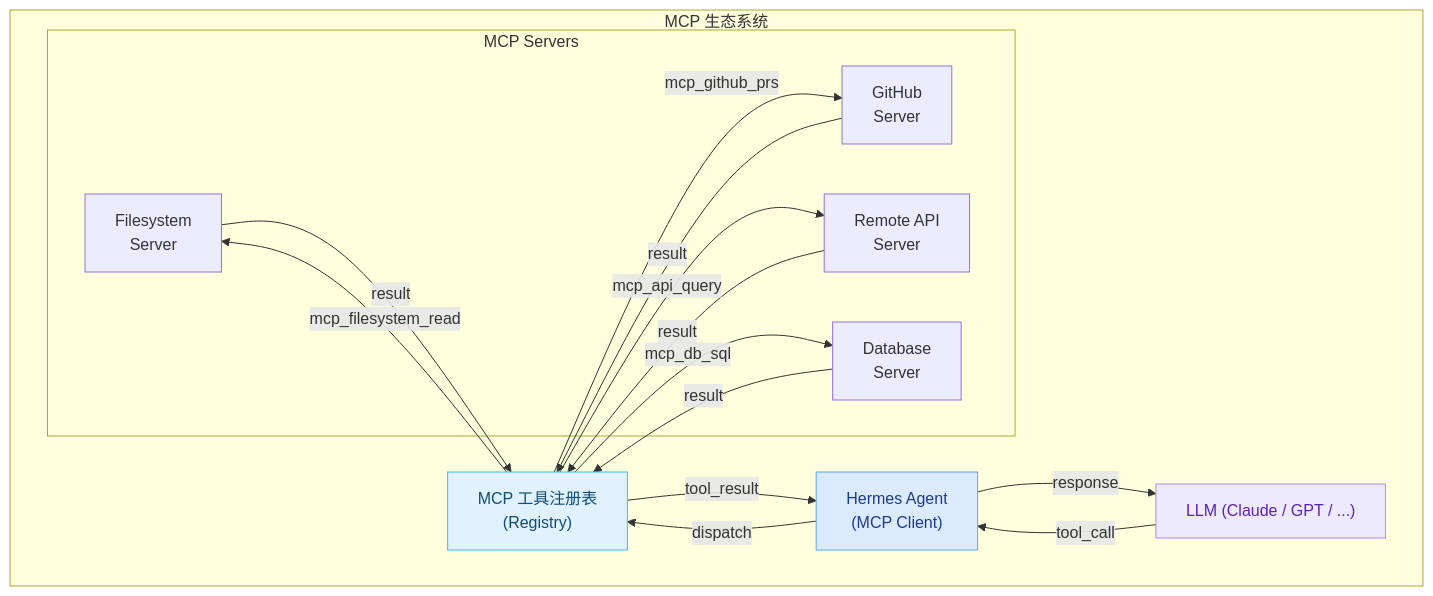
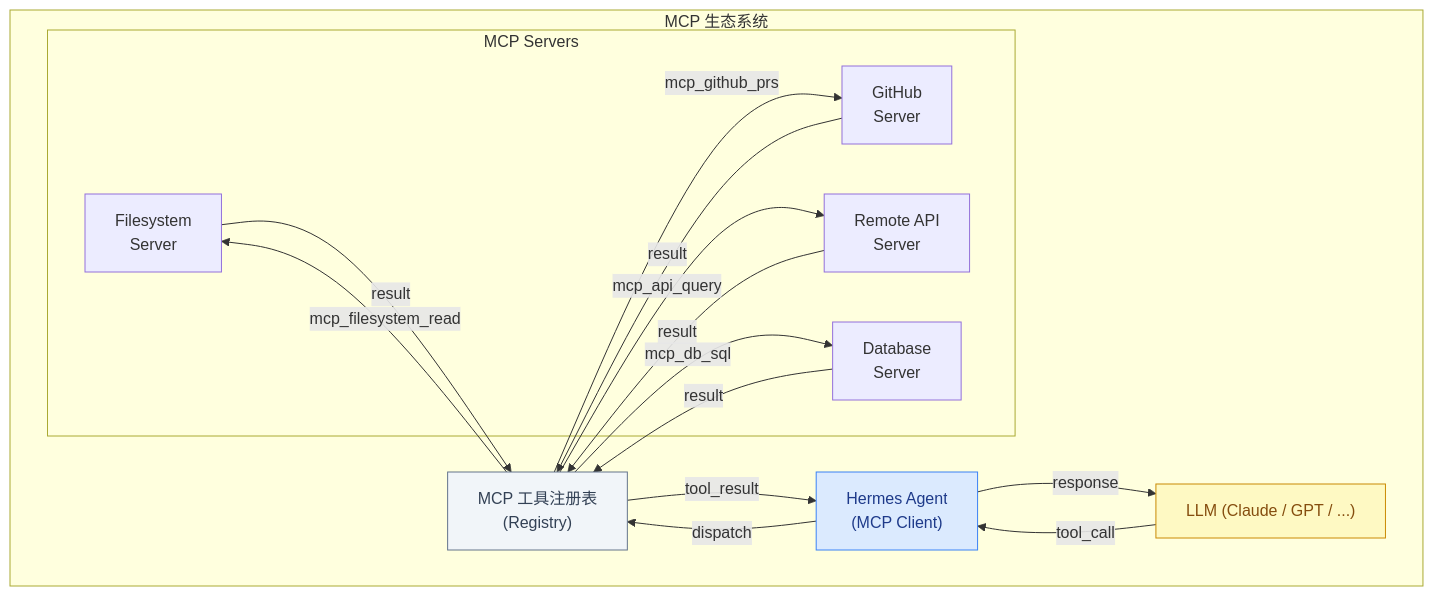
Before and after one commit to pty819/hermes-docs: the first of 7 diagrams in chapters/mcp-integration.rst, drawn with Mermaid. The commit also changed other lines of this file and 27 other files, not shown here.

```diff
--- a/chapters/mcp-integration.rst
+++ b/chapters/mcp-integration.rst
@@ -31,32 +31,40 @@
 .. mermaid::
+   :name: mcp-ecosystem
+   :caption: MCP 生态系统概览
 
-   graph TB
+   flowchart TB
        subgraph "MCP 生态系统"
            LLM["LLM (Claude / GPT / ...)"]
            AGENT["Hermes Agent<br/>(MCP Client)"]
            PROXY["MCP 工具注册表<br/>(Registry)"]
 
            subgraph "MCP Servers"
                FS["Filesystem<br/>Server"]
                GH["GitHub<br/>Server"]
                API["Remote API<br/>Server"]
                DB["Database<br/>Server"]
            end
        end
 
        LLM -->|"tool_call"| AGENT
        AGENT -->|"dispatch"| PROXY
        PROXY -->|"mcp_filesystem_read"| FS
        PROXY -->|"mcp_github_prs"| GH
        PROXY -->|"mcp_api_query"| API
        PROXY -->|"mcp_db_sql"| DB
        FS -->|"result"| PROXY
        GH -->|"result"| PROXY
        API -->|"result"| PROXY
        DB -->|"result"| PROXY
        PROXY -->|"tool_result"| AGENT
        AGENT -->|"response"| LLM
 
-       style AGENT fill:#dbeafe,stroke:#60a5fa,color:#1e3a8a
-       style PROXY fill:#e0f2fe,stroke:#38bdf8,color:#0f4c75
-       style LLM fill:#ede9fe,stroke:#a78bfa,color:#5b21b6
+       classDef start fill:#dbeafe,stroke:#3b82f6,color:#1e3a8a
+       classDef success fill:#dcfce7,stroke:#16a34a,color:#166534
+       classDef warn fill:#fef9c3,stroke:#ca8a04,color:#854d0e
+       classDef fail fill:#fee2e2,stroke:#dc2626,color:#991b1b
+       classDef info fill:#f1f5f9,stroke:#64748b,color:#334155
+
+       class AGENT start
+       class PROXY info
+       class LLM warn
```
